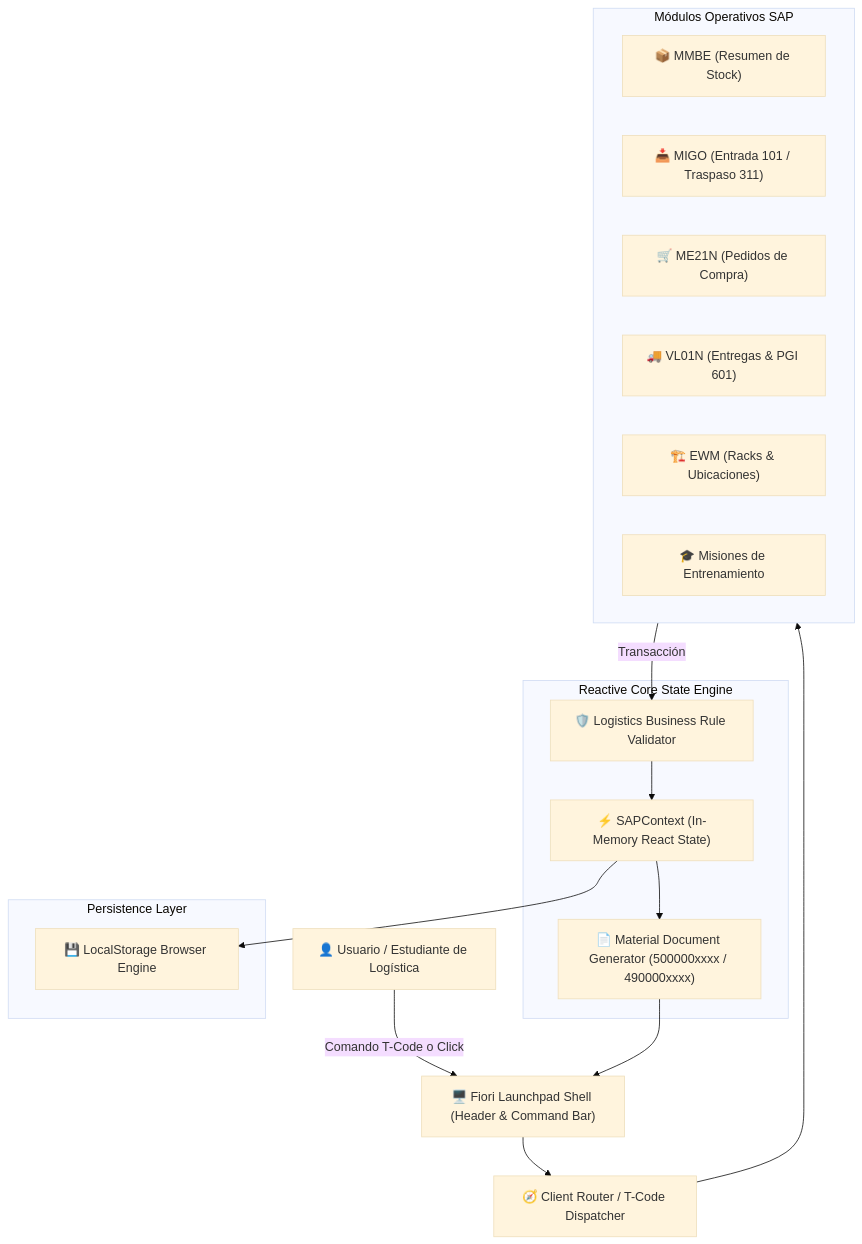
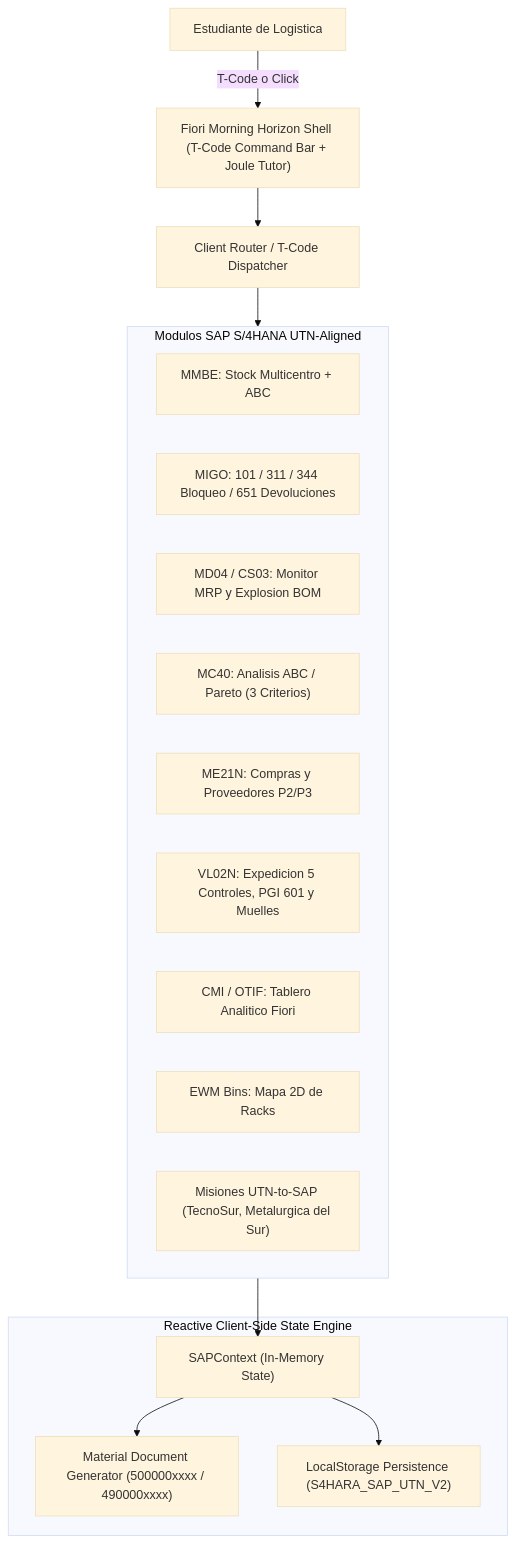
Before and after one commit to nedder3/S4HARA: the first of 2 diagrams in README.md, drawn with Mermaid (base theme). The commit also changed other lines of this file, not shown here.

Commit message:
docs(readme): update README with UTN-to-SAP curriculum mapping, new T-Codes, and Mermaid diagrams

````diff
--- a/README.md
+++ b/README.md
@@ -41,34 +39,31 @@
 ```mermaid
 flowchart TD
-    User["👤 Usuario / Estudiante de Logística"]
-    Shell["🖥️ Fiori Launchpad Shell (Header & Command Bar)"]
-    Router["🧭 Client Router / T-Code Dispatcher"]
-    
-    subgraph Apps["Módulos Operativos SAP"]
-        MMBE["📦 MMBE (Resumen de Stock)"]
-        MIGO["📥 MIGO (Entrada 101 / Traspaso 311)"]
-        ME21N["🛒 ME21N (Pedidos de Compra)"]
-        VL01N["🚚 VL01N (Entregas & PGI 601)"]
-        EWM["🏗️ EWM (Racks & Ubicaciones)"]
-        CASES["🎓 Misiones de Entrenamiento"]
+    User["Estudiante de Logistica"]
+    Shell["Fiori Morning Horizon Shell (T-Code Command Bar + Joule Tutor)"]
+    Router["Client Router / T-Code Dispatcher"]
+
+    subgraph Apps["Modulos SAP S/4HANA UTN-Aligned"]
+        MMBE["MMBE: Stock Multicentro + ABC"]
+        MIGO["MIGO: 101 / 311 / 344 Bloqueo / 651 Devoluciones"]
+        MD04["MD04 / CS03: Monitor MRP y Explosion BOM"]
+        MC40["MC40: Analisis ABC / Pareto (3 Criterios)"]
+        ME21N["ME21N: Compras y Proveedores P2/P3"]
+        VL02N["VL02N: Expedicion 5 Controles, PGI 601 y Muelles"]
+        CMI["CMI / OTIF: Tablero Analitico Fiori"]
+        EWM["EWM Bins: Mapa 2D de Racks"]
+        CASES["Misiones UTN-to-SAP (TecnoSur, Metalurgica del Sur)"]
     end
 
-    subgraph StateEngine["Reactive Core State Engine"]
-        Context["⚡ SAPContext (In-Memory React State)"]
-        Validation["🛡️ Logistics Business Rule Validator"]
-        DocGenerator["📄 Material Document Generator (500000xxxx / 490000xxxx)"]
+    subgraph Engine["Reactive Client-Side State Engine"]
+        Context["SAPContext (In-Memory State)"]
+        Docs["Material Document Generator (500000xxxx / 490000xxxx)"]
+        Storage["LocalStorage Persistence (S4HARA_SAP_UTN_V2)"]
     end
 
-    subgraph StorageLayer["Persistence Layer"]
-        Local["💾 LocalStorage Browser Engine"]
-    end
-
-    User -->|Comando T-Code o Click| Shell
+    User -->|T-Code o Click| Shell
     Shell --> Router
     Router --> Apps
-    Apps -->|Transacción| Validation
-    Validation --> Context
-    Context --> DocGenerator
-    Context --> Local
-    DocGenerator --> Shell
+    Apps --> Context
+    Context --> Docs
+    Context --> Storage
 ```
````
